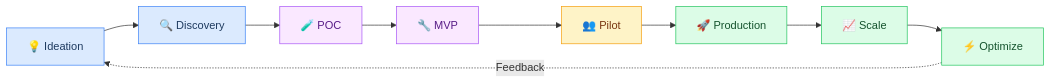
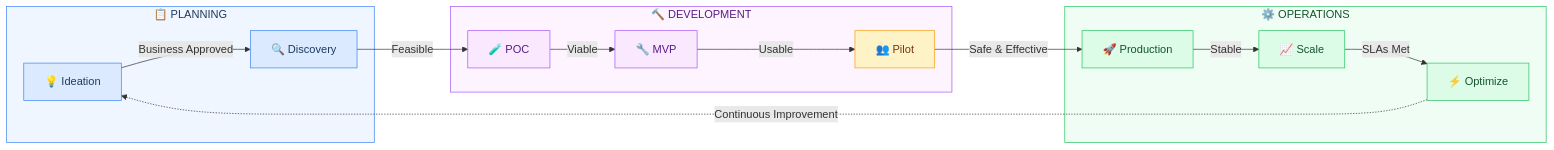
The first of 2 diagrams in README.md (asq-sheriff/AI-Production-Checklist), drawn with Mermaid before and after one commit.

Commit message:
Enhance 8-Stage Model diagram with backgrounds and gate labels
- Add three phase backgrounds: Planning, Development, Operations
- Add gate labels on all connectors:
  - Business Approved, Feasible, Viable, Usable
  - Safe & Effective, Stable, SLAs Met
  - Continuous Improvement (feedback loop)
- Style phase backgrounds with matching colors
- Improves visual clarity of stage-gate workflow

🤖 Generated with [Claude Code](https://claude.com/claude-code)

````diff
--- a/README.md
+++ b/README.md
@@ -150,15 +150,41 @@
 ```mermaid
 flowchart LR
-    S1[💡 Ideation] --> S2[🔍 Discovery] --> S3[🧪 POC] --> S4[🔧 MVP]
-    S4 --> S5[👥 Pilot] --> S6[🚀 Production] --> S7[📈 Scale] --> S8[⚡ Optimize]
-    S8 -.->|Feedback| S1
+    subgraph Planning["📋 PLANNING"]
+        S1[💡 Ideation]
+        S2[🔍 Discovery]
+    end
+
+    subgraph Development["🔨 DEVELOPMENT"]
+        S3[🧪 POC]
+        S4[🔧 MVP]
+        S5[👥 Pilot]
+    end
+
+    subgraph Operations["⚙️ OPERATIONS"]
+        S6[🚀 Production]
+        S7[📈 Scale]
+        S8[⚡ Optimize]
+    end
+
+    S1 -->|Business Approved| S2
+    S2 -->|Feasible| S3
+    S3 -->|Viable| S4
+    S4 -->|Usable| S5
+    S5 -->|Safe & Effective| S6
+    S6 -->|Stable| S7
+    S7 -->|SLAs Met| S8
+    S8 -.->|Continuous Improvement| S1
 
     style S1 fill:#dbeafe,stroke:#3b82f6,color:#1e3a5f
     style S2 fill:#dbeafe,stroke:#3b82f6,color:#1e3a5f
     style S3 fill:#fae8ff,stroke:#a855f7,color:#581c87
     style S4 fill:#fae8ff,stroke:#a855f7,color:#581c87
     style S5 fill:#fef3c7,stroke:#f59e0b,color:#78350f
     style S6 fill:#dcfce7,stroke:#22c55e,color:#14532d
     style S7 fill:#dcfce7,stroke:#22c55e,color:#14532d
     style S8 fill:#dcfce7,stroke:#22c55e,color:#14532d
+
+    style Planning fill:#eff6ff,stroke:#3b82f6,color:#1e3a5f
+    style Development fill:#fdf4ff,stroke:#a855f7,color:#581c87
+    style Operations fill:#f0fdf4,stroke:#22c55e,color:#14532d
 ```
````
